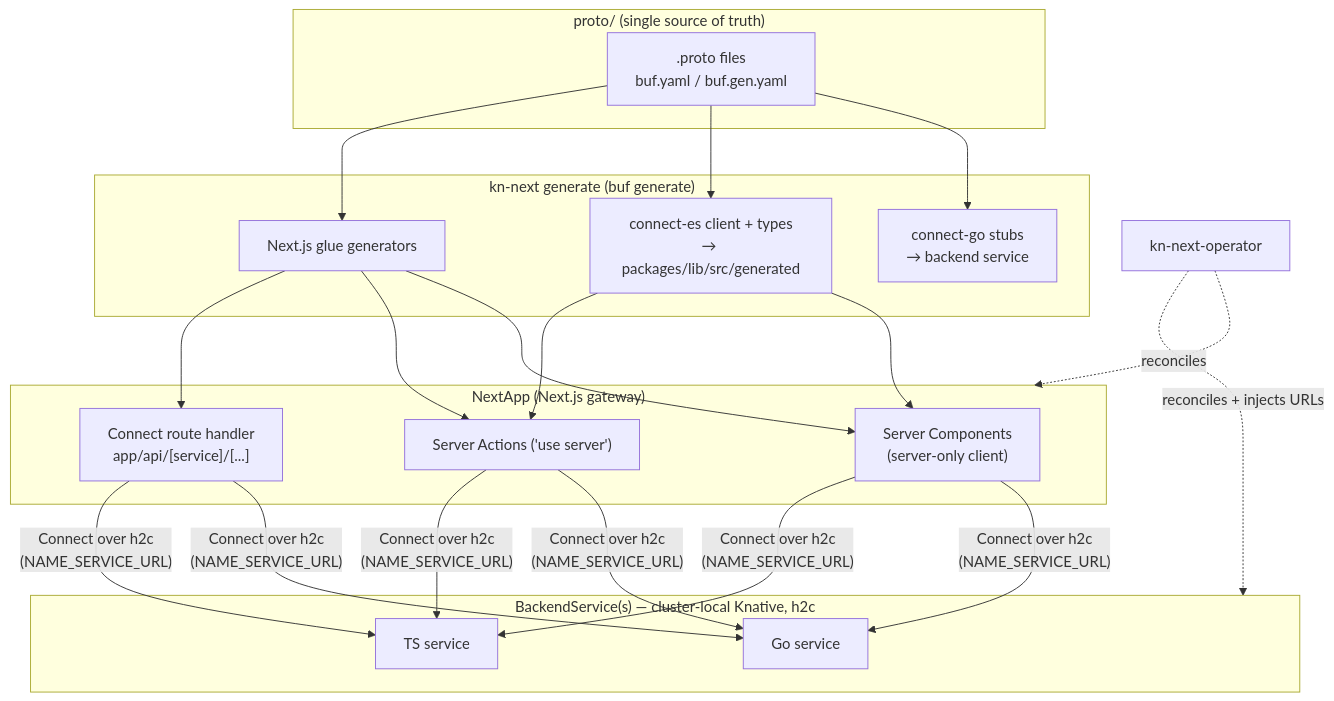
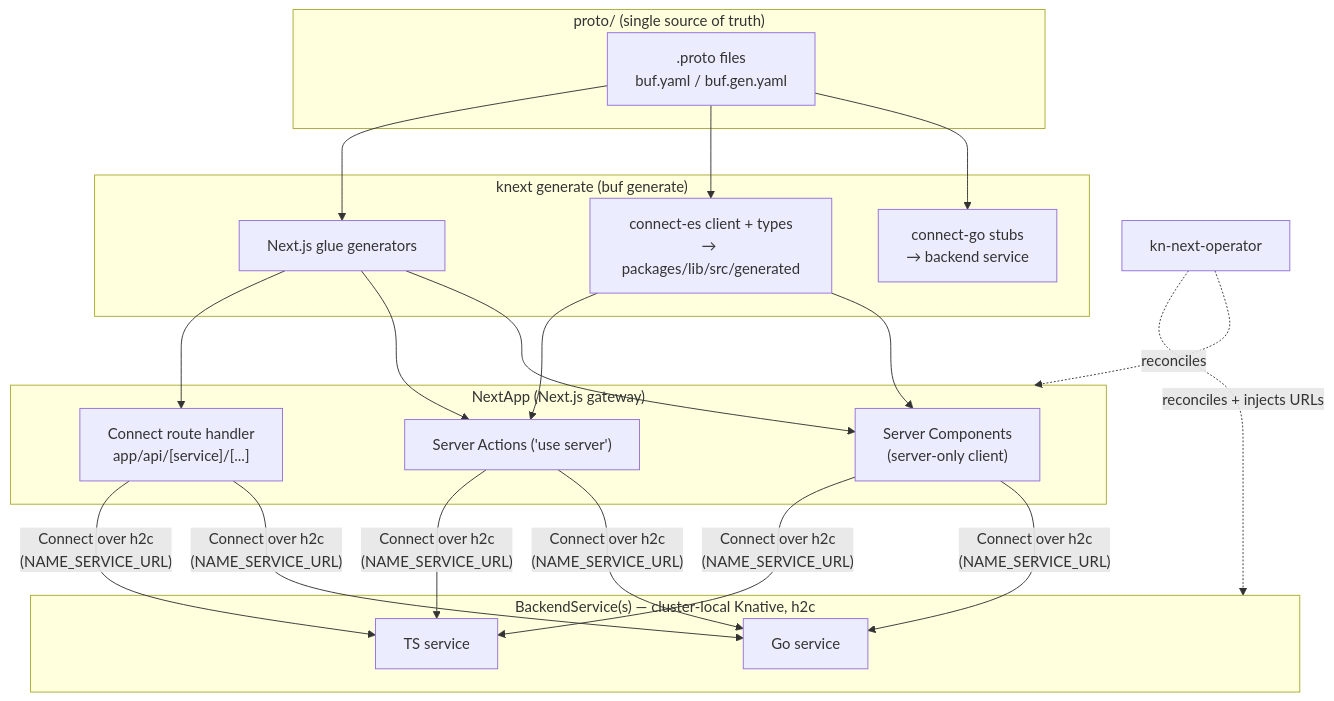
Before and after one commit to getknext-dev/knext: the diagram in docs/design/grpc-layer.md, drawn with Mermaid. The commit also changed other lines of this file and 90 other files, not shown here.

````diff
--- a/docs/design/grpc-layer.md
+++ b/docs/design/grpc-layer.md
@@ -12,26 +12,26 @@
 ```mermaid
 flowchart TB
     subgraph Contract["proto/ (single source of truth)"]
       P[".proto files<br/>buf.yaml / buf.gen.yaml"]
     end
-    subgraph Codegen["kn-next generate (buf generate)"]
+    subgraph Codegen["knext generate (buf generate)"]
       G1["connect-go stubs<br/>→ backend service"]
       G2["connect-es client + types<br/>→ packages/lib/src/generated"]
       G3["Next.js glue generators"]
     end
     subgraph Gateway["NextApp (Next.js gateway)"]
       SC["Server Components<br/>(server-only client)"]
       SA["Server Actions ('use server')"]
       AR["Connect route handler<br/>app/api/[service]/[...]"]
     end
     subgraph Backends["BackendService(s) — cluster-local Knative, h2c"]
       B1["Go service"]
       B2["TS service"]
     end
     P --> G1 & G2 & G3
     G2 --> SC & SA
     G3 --> SC & SA & AR
     SC & SA & AR -- "Connect over h2c<br/>(NAME_SERVICE_URL)" --> B1 & B2
     Operator["kn-next-operator"] -. reconciles .-> Gateway
     Operator -. reconciles + injects URLs .-> Backends
 ```
````
